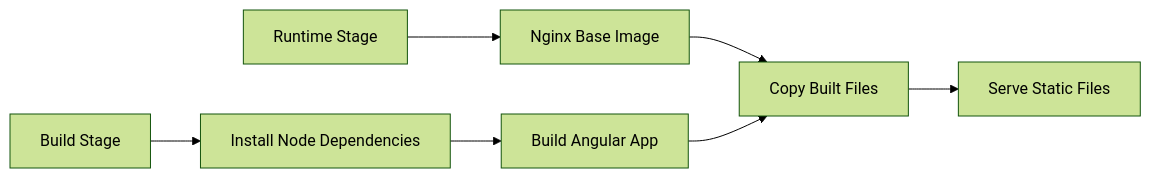
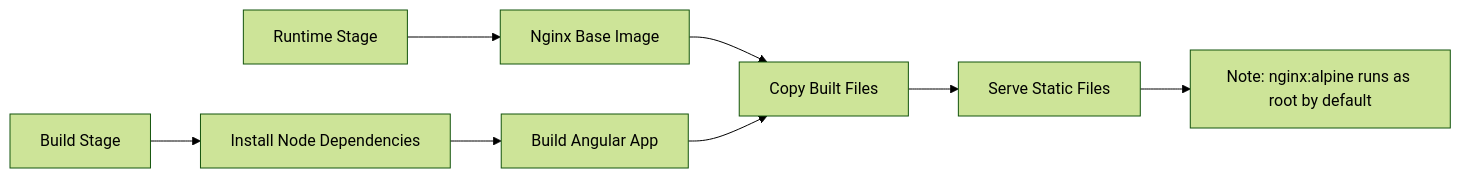
One commit to 4gh0rn/dev-blog changed the fifth of 9 diagrams in docs/projects/conduit-container.md. Above: the diagram before and after it, drawn with Mermaid (forest theme). The commit also changed other lines of this file and 1 other file, not shown here.

Commit message:
Update conduit-container documentation: add note about nginx:alpine running as root by default and clarify non-root user practices for backend and frontend containers.

````diff
--- a/docs/projects/conduit-container.md
+++ b/docs/projects/conduit-container.md
@@ -146,11 +146,12 @@
 ```mermaid
 graph LR
     A[Build Stage] --> A1[Install Node Dependencies]
     A1 --> A2[Build Angular App]
     
     B[Runtime Stage] --> B1[Nginx Base Image]
     B1 --> B2[Copy Built Files]
     B2 --> B3[Serve Static Files]
+    B3 --> B4[Note: nginx:alpine runs as root by default]
     
     A2 --> B2
 ```
````
